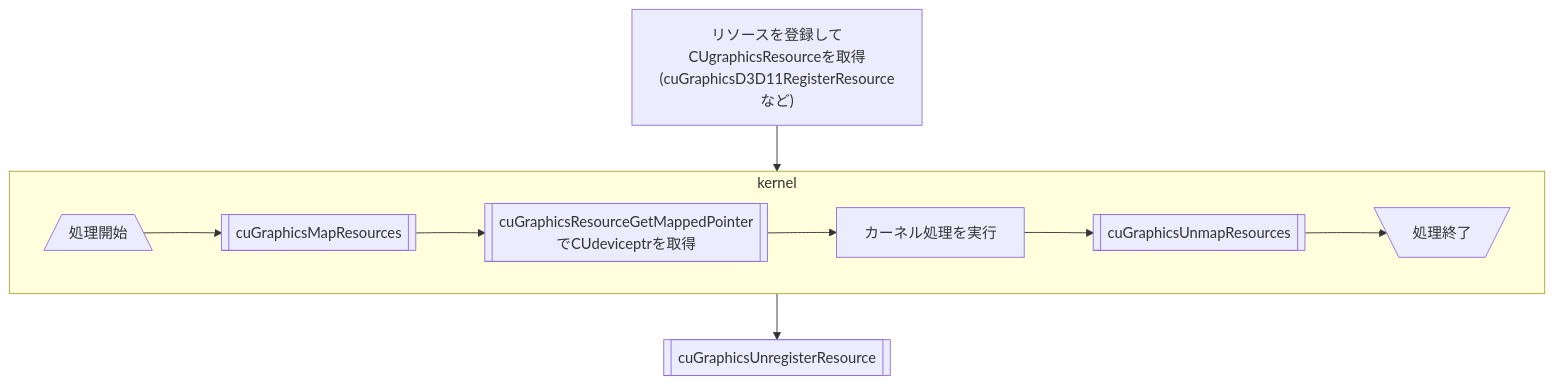
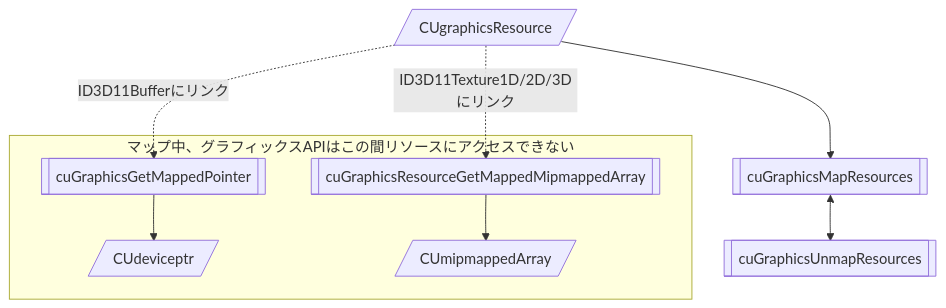
One commit to t3HyperParallel/ReportGPGPU changed the fifth of 6 diagrams in README.md. Above: the diagram before and after it, drawn with Mermaid.

Commit message:
リソースへの参照関連を全書き換え

````diff
--- a/README.md
+++ b/README.md
@@ -159,16 +159,23 @@
 ```mermaid
 flowchart TD
-  cu_registerResource["リソースを登録してCUgraphicsResourceを取得<br/>(cuGraphicsD3D11RegisterResourceなど)"]
-  subgraph kernel
-    kernelStart[/"処理開始"\]
-    cuGraphicsMapResources[["cuGraphicsMapResources"]]
-    cuGraphicsResourceGetMappedPointer[["cuGraphicsResourceGetMappedPointerでCUdeviceptrを取得"]]
-    doKernel["カーネル処理を実行"]
-    cuGraphicsUnmapResources[["cuGraphicsUnmapResources"]]
-    kernelEnd[\"処理終了"/]
+  CUgraphicsResource[/"CUgraphicsResource"/]
+  -->cuGraphicsMapResources[["cuGraphicsMapResources"]]
+  <-->cuGraphicsUnmapResources[[cuGraphicsUnmapResources]]
+
+  CUgraphicsResource
+  -."ID3D11Bufferにリンク".->
+    cuGraphicsResourceGetMappedPointer[[cuGraphicsGetMappedPointer]]
+  -->CUdeviceptr[/"CUdeviceptr"/]
+
+  CUgraphicsResource
+  -."ID3D11Texture1D/2D/3Dにリンク".->
+    cuGraphicsResourceGetMappedMipmappedArray[["cuGraphicsResourceGetMappedMipmappedArray"]]
+  -->CUmipmappedArray[/"CUmipmappedArray"/]
+
+  subgraph "マップ中、グラフィックスAPIはこの間リソースにアクセスできない"
+    cuGraphicsResourceGetMappedPointer
+    CUdeviceptr
+    cuGraphicsResourceGetMappedMipmappedArray
+    CUmipmappedArray
   end
-  cuGraphicsUnregisterResource[["cuGraphicsUnregisterResource"]]
-  
-  cu_registerResource-->kernel-->cuGraphicsUnregisterResource
-  kernelStart-->cuGraphicsMapResources-->cuGraphicsResourceGetMappedPointer-->doKernel-->cuGraphicsUnmapResources-->kernelEnd
 ```
````
